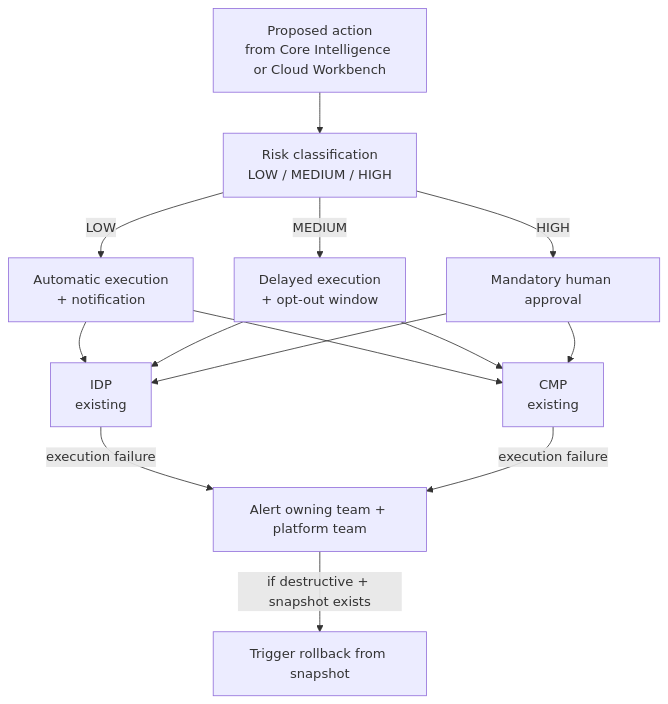
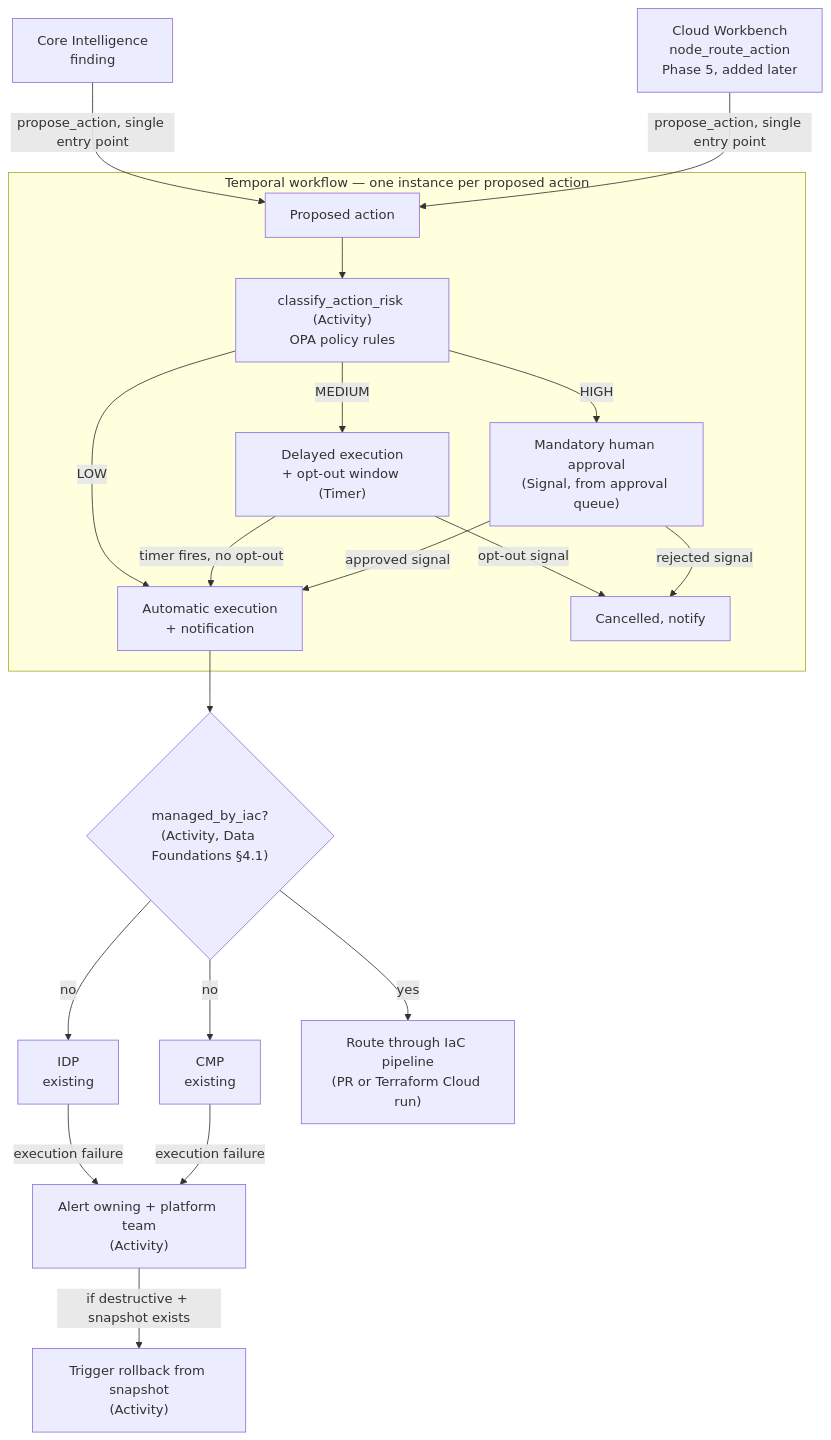
The diagram in docs/Solution_Architecture_Governed_Automation.md (mbnest/finops-intelligence-platform), drawn with Mermaid before and after one commit. The commit also changed other lines of this file and 7 other files, not shown here.

````diff
--- a/docs/Solution_Architecture_Governed_Automation.md
+++ b/docs/Solution_Architecture_Governed_Automation.md
@@ -45,16 +46,24 @@
 ```mermaid
 flowchart TD
-    P[Proposed action<br/>from Core Intelligence or Cloud Workbench] --> R[Risk classification<br/>LOW / MEDIUM / HIGH]
-    R -->|LOW| AUTO[Automatic execution<br/>+ notification]
-    R -->|MEDIUM| DELAY[Delayed execution<br/>+ opt-out window]
-    R -->|HIGH| HUMAN[Mandatory human approval]
-    AUTO --> IDP["IDP<br/>existing"]
-    AUTO --> CMP["CMP<br/>existing"]
-    DELAY --> IDP
-    DELAY --> CMP
-    HUMAN --> IDP
-    HUMAN --> CMP
-    IDP -->|execution failure| FAIL[Alert owning team + platform team]
+    CI["Core Intelligence<br/>finding"] -->|propose_action, single entry point| P[Proposed action]
+    CW["Cloud Workbench<br/>node_route_action<br/>Phase 5, added later"] -->|propose_action, single entry point| P
+
+    subgraph WF["Temporal workflow — one instance per proposed action"]
+        P --> R["classify_action_risk (Activity)<br/>OPA policy rules"]
+        R -->|LOW| AUTO[Automatic execution<br/>+ notification]
+        R -->|MEDIUM| DELAY["Delayed execution<br/>+ opt-out window (Timer)"]
+        R -->|HIGH| HUMAN["Mandatory human approval<br/>(Signal, from approval queue)"]
+        DELAY -->|opt-out signal| CANCEL[Cancelled, notify]
+        DELAY -->|timer fires, no opt-out| AUTO
+        HUMAN -->|approved signal| AUTO
+        HUMAN -->|rejected signal| CANCEL
+    end
+
+    AUTO --> IAC{"managed_by_iac?<br/>(Activity, Data Foundations §4.1)"}
+    IAC -->|no| IDP["IDP<br/>existing"]
+    IAC -->|no| CMP["CMP<br/>existing"]
+    IAC -->|yes| TFPIPE["Route through IaC pipeline<br/>(PR or Terraform Cloud run)"]
+    IDP -->|execution failure| FAIL["Alert owning + platform team<br/>(Activity)"]
     CMP -->|execution failure| FAIL
-    FAIL -->|if destructive + snapshot exists| ROLLBACK[Trigger rollback from snapshot]
+    FAIL -->|if destructive + snapshot exists| ROLLBACK["Trigger rollback from snapshot<br/>(Activity)"]
 ```
````
